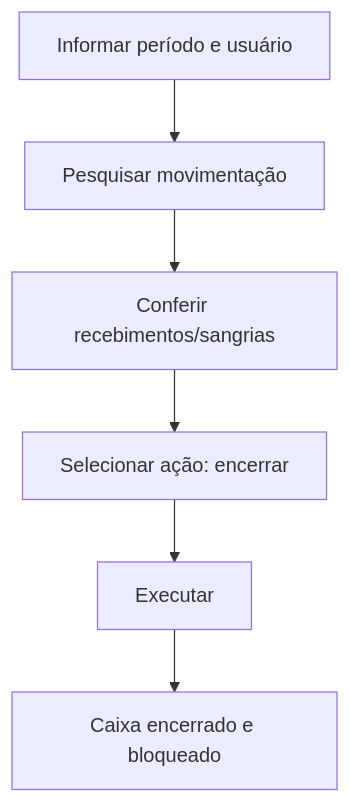
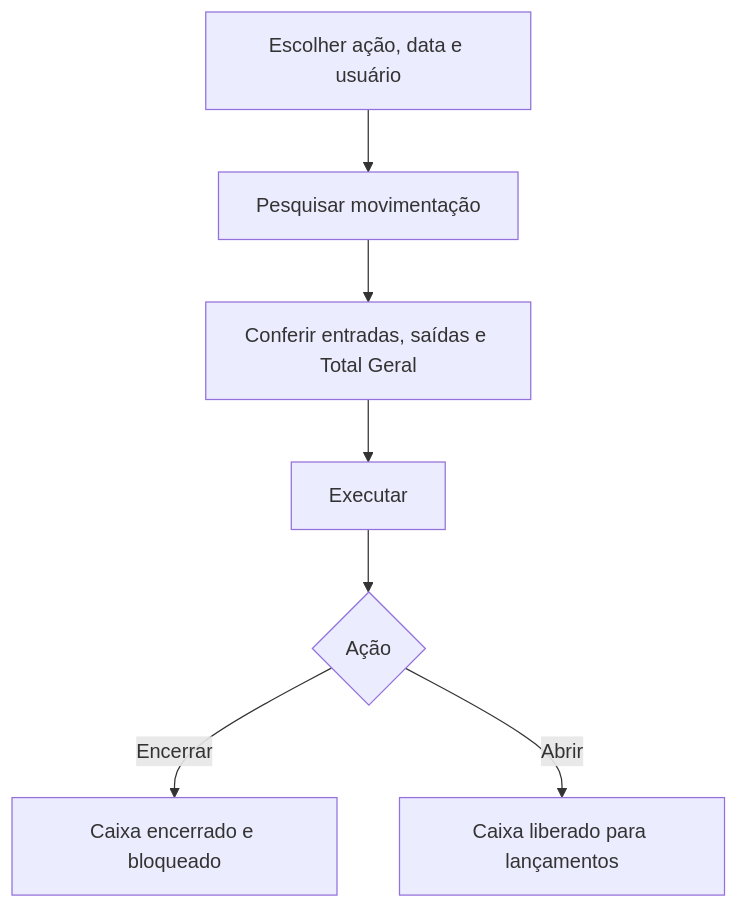
One commit to rlopeslameira/harpia-docs changed the diagram in docs/financeiro/encerramento-caixa.md. Above: the diagram before and after it, drawn with Mermaid. The commit also changed other lines of this file and 29 other files, not shown here.

````diff
--- a/docs/financeiro/encerramento-caixa.md
+++ b/docs/financeiro/encerramento-caixa.md
@@ -79,8 +119,9 @@
 ```mermaid
 flowchart TD
-    A[Informar período e usuário] --> B[Pesquisar movimentação]
-    B --> C[Conferir recebimentos/sangrias]
-    C --> D[Selecionar ação: encerrar]
-    D --> E[Executar]
-    E --> F[Caixa encerrado e bloqueado]
+    A[Escolher ação, data e usuário] --> B[Pesquisar movimentação]
+    B --> C[Conferir entradas, saídas e Total Geral]
+    C --> D[Executar]
+    D --> E{Ação}
+    E -->|Encerrar| F[Caixa encerrado e bloqueado]
+    E -->|Abrir| G[Caixa liberado para lançamentos]
 ```
````
